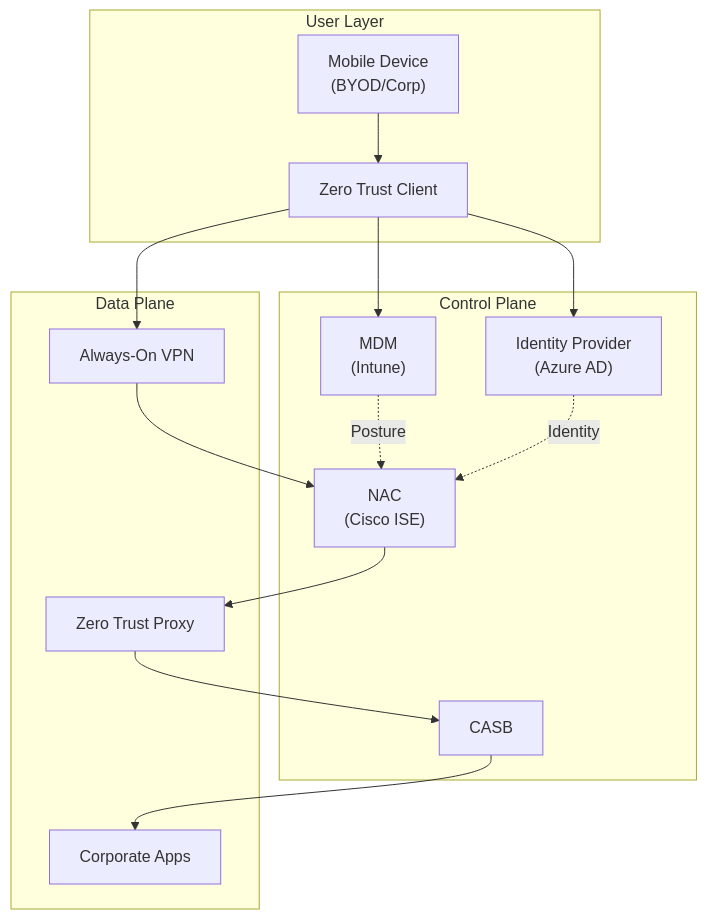
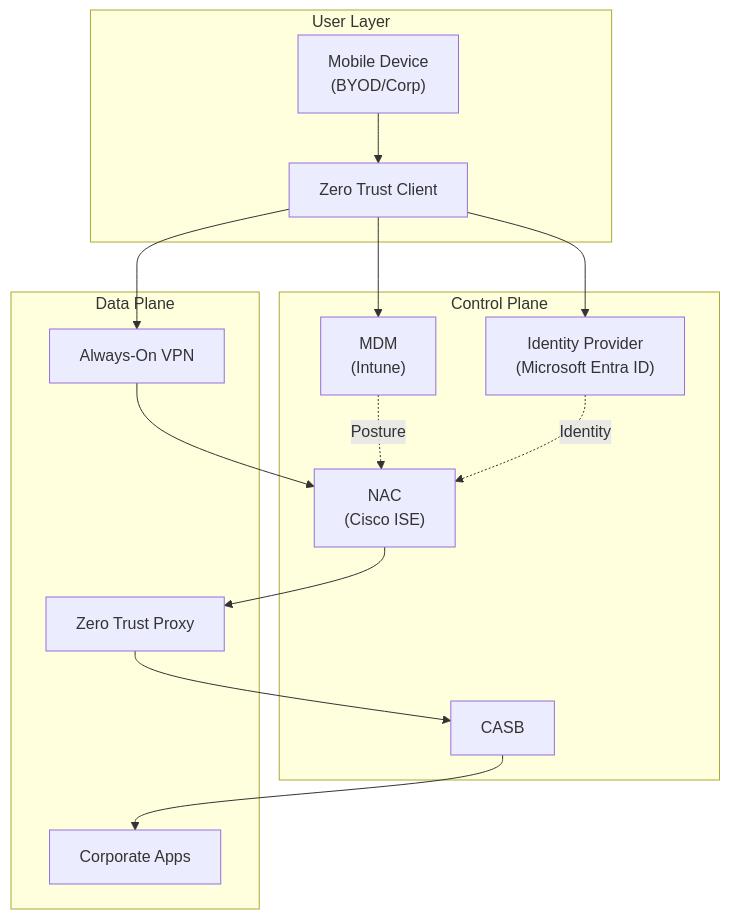
One commit to RossMora-Pilots/405-Mobile-Wireless-Security changed the third of 3 diagrams in CC/Winter 2025/Mobile Wireless Security - Mohamed Jbeili - CSC-7306/BYOD_POLICY_FRAMEWORK.md. Above: the diagram before and after it, drawn with Mermaid. The commit also changed other lines of this file and 17 other files, not shown here.

````diff
--- a/CC/Winter 2025/Mobile Wireless Security - Mohamed Jbeili - CSC-7306/BYOD_POLICY_FRAMEWORK.md
+++ b/CC/Winter 2025/Mobile Wireless Security - Mohamed Jbeili - CSC-7306/BYOD_POLICY_FRAMEWORK.md
@@ -189,32 +189,32 @@
 ```mermaid
 flowchart TB
     subgraph UserLayer["User Layer"]
         Mobile["Mobile Device<br/>(BYOD/Corp)"]
         ZTClient["Zero Trust Client"]
     end
 
     subgraph ControlPlane["Control Plane"]
         MDM["MDM<br/>(Intune)"]
-        IDP["Identity Provider<br/>(Azure AD)"]
+        IDP["Identity Provider<br/>(Microsoft Entra ID)"]
         NAC["NAC<br/>(Cisco ISE)"]
         CASB["CASB"]
     end
 
     subgraph DataPlane["Data Plane"]
         VPN["Always-On VPN"]
         Proxy["Zero Trust Proxy"]
         Apps["Corporate Apps"]
     end
 
     Mobile --> ZTClient
     ZTClient --> IDP
     ZTClient --> MDM
     ZTClient --> VPN
     VPN --> NAC
     NAC --> Proxy
     Proxy --> CASB
     CASB --> Apps
 
     MDM -.->|Posture| NAC
     IDP -.->|Identity| NAC
 ```
````
